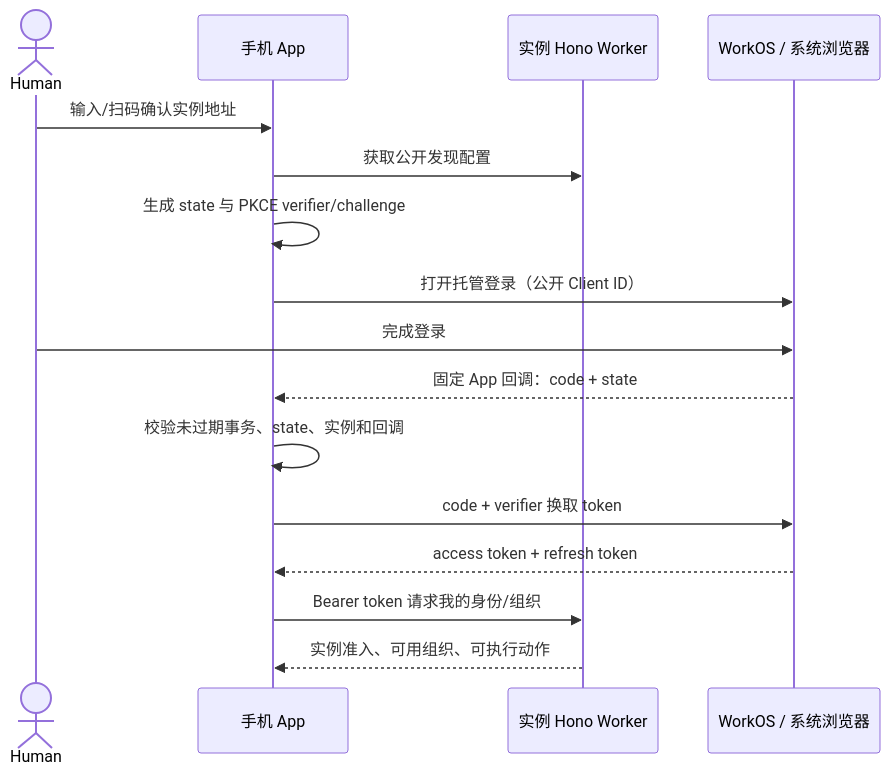
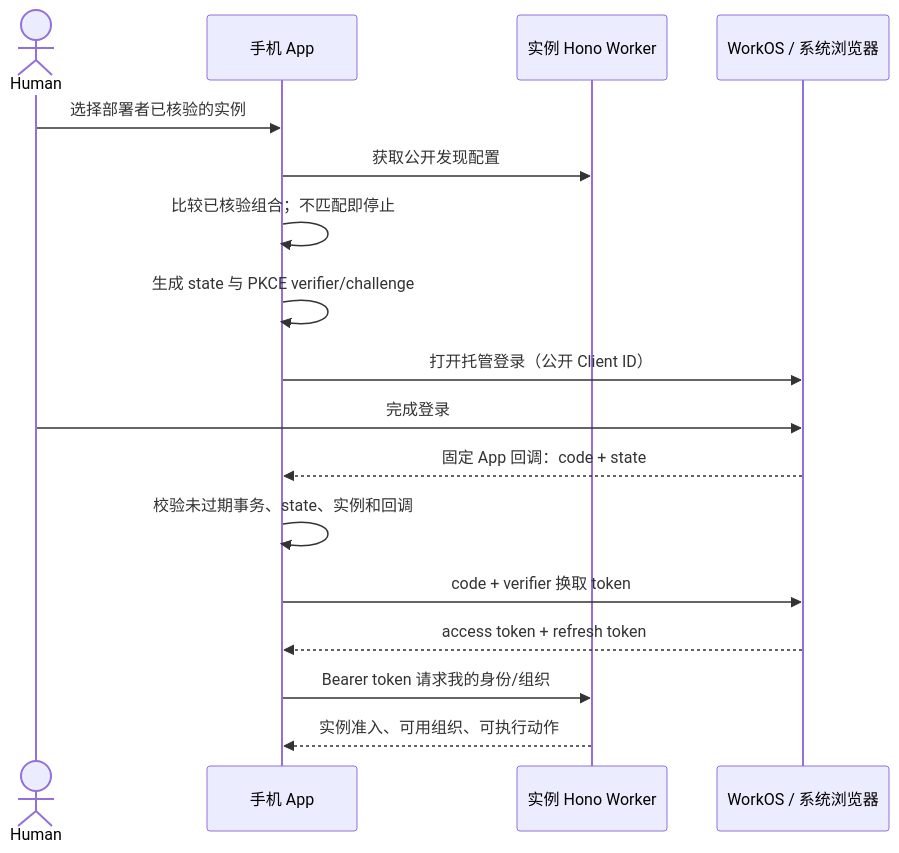
The diagram in docs/t1-design.md (BotHarness/tob), drawn with Mermaid before and after one commit. The commit also changed other lines of this file and 2 other files, not shown here.

````diff
--- a/docs/t1-design.md
+++ b/docs/t1-design.md
@@ -97,18 +99,19 @@
 ```mermaid
 sequenceDiagram
   actor H as Human
   participant M as 手机 App
   participant W as 实例 Hono Worker
   participant A as WorkOS / 系统浏览器
-  H->>M: 输入/扫码确认实例地址
+  H->>M: 选择部署者已核验的实例
   M->>W: 获取公开发现配置
+  M->>M: 比较已核验组合；不匹配即停止
   M->>M: 生成 state 与 PKCE verifier/challenge
   M->>A: 打开托管登录（公开 Client ID）
   H->>A: 完成登录
   A-->>M: 固定 App 回调：code + state
   M->>M: 校验未过期事务、state、实例和回调
   M->>A: code + verifier 换取 token
   A-->>M: access token + refresh token
   M->>W: Bearer token 请求我的身份/组织
   W-->>M: 实例准入、可用组织、可执行动作
 ```
````
